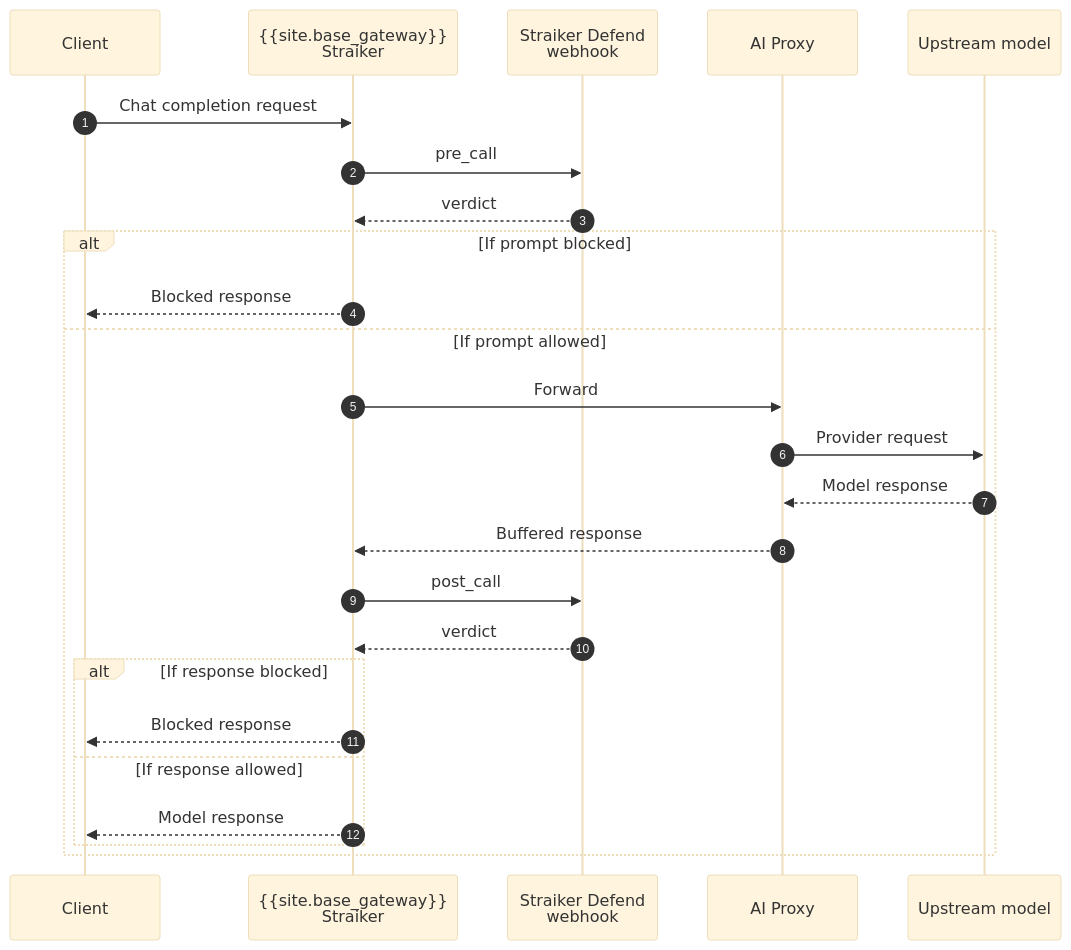
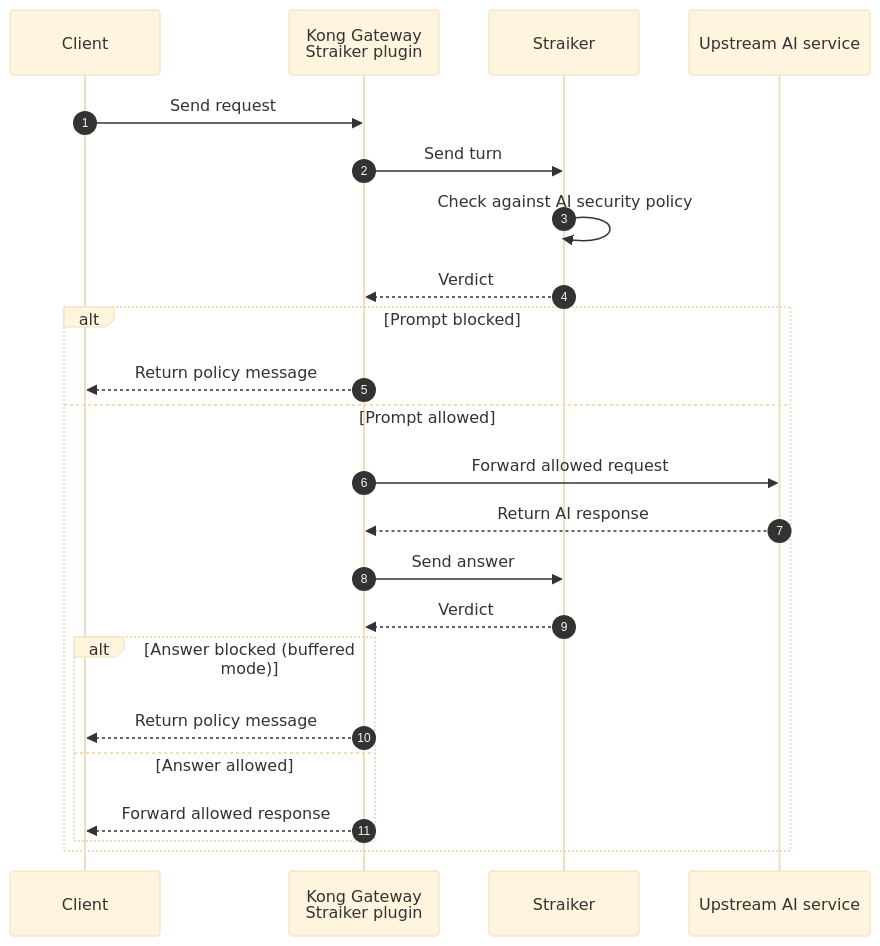
The diagram in app/_kong_plugins/straiker/index.md (Kong/developer.konghq.com), drawn with Mermaid (base theme) before and after one commit. The commit also changed other lines of this file and 15 other files, not shown here.

First line of the commit message:
feat(third-party-plugins): Straiker plugin (#8280)

```diff
--- a/app/_kong_plugins/straiker/index.md
+++ b/app/_kong_plugins/straiker/index.md
@@ -80,29 +126,28 @@
 {% mermaid %}
 sequenceDiagram
     autonumber
-    participant Client
-    participant Plugin as {{site.base_gateway}}<br/>Straiker
-    participant Defend as Straiker Defend<br/>webhook
-    participant Proxy as AI Proxy
-    participant LLM as Upstream model
+    participant client as Client
+    participant straiker as Kong Gateway<br/>Straiker plugin
+    participant detect as Straiker
+    participant llm as Upstream AI service
 
-    Client->>Plugin: Chat completion request
-    Plugin->>Defend: pre_call
-    Defend-->>Plugin: verdict
+    client->>straiker: Send request
+    straiker->>detect: Send turn
+    detect->>detect: Check against AI security policy
+    detect-->>straiker: Verdict
 
-    alt If prompt blocked
-        Plugin-->>Client: Blocked response
-    else If prompt allowed
-        Plugin->>Proxy: Forward
-        Proxy->>LLM: Provider request
-        LLM-->>Proxy: Model response
-        Proxy-->>Plugin: Buffered response
-        Plugin->>Defend: post_call
-        Defend-->>Plugin: verdict
-        alt If response blocked
-            Plugin-->>Client: Blocked response
-        else If response allowed
-            Plugin-->>Client: Model response
+    alt Prompt blocked
+        straiker-->>client: Return policy message
+    else Prompt allowed
+        straiker->>llm: Forward allowed request
+        llm-->>straiker: Return AI response
+        straiker->>detect: Send answer
+        detect-->>straiker: Verdict
+
+        alt Answer blocked (buffered mode)
+            straiker-->>client: Return policy message
+        else Answer allowed
+            straiker-->>client: Forward allowed response
         end
     end
 {% endmermaid %}
```
